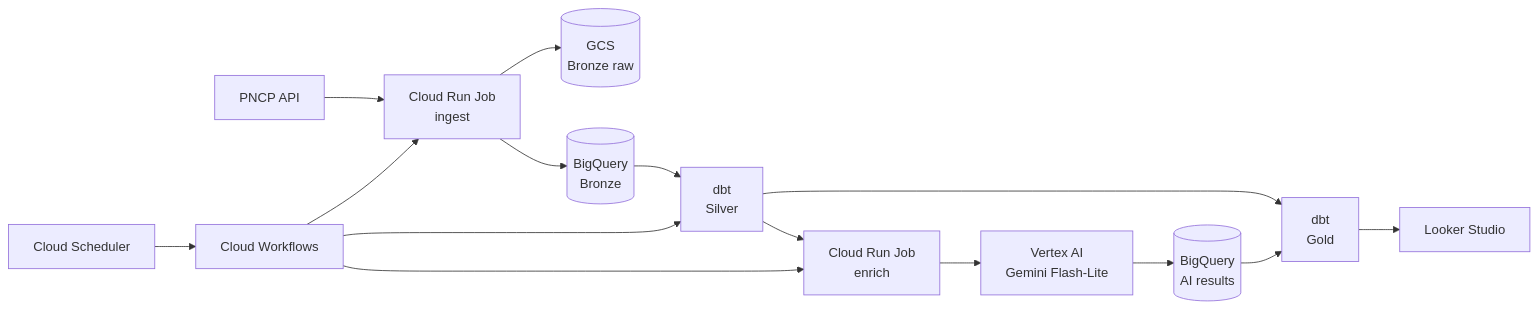
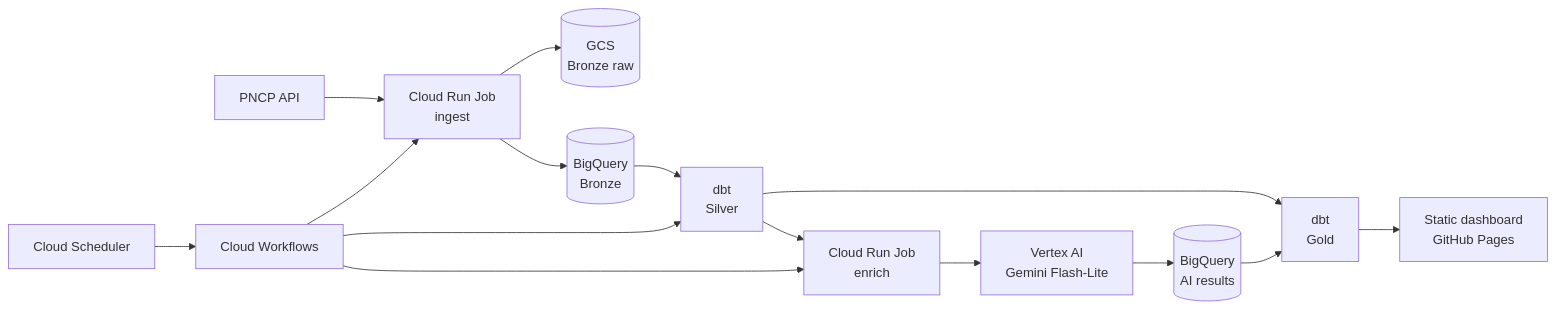
The diagram in README.md (jmonteiroalves/pncp-data-pipeline), drawn with Mermaid before and after one commit. The commit also changed other lines of this file and 27 other files, not shown here.

Commit message:
feat: add Gold marts and public dashboard

````diff
--- a/README.md
+++ b/README.md
@@ -59,17 +60,17 @@
 ```mermaid
 flowchart LR
   PNCP["PNCP API"] --> ING["Cloud Run Job<br/>ingest"]
   ING --> GCS[("GCS<br/>Bronze raw")]
   ING --> BQB[("BigQuery<br/>Bronze")]
   BQB --> DBT["dbt<br/>Silver"]
   DBT --> ENR["Cloud Run Job<br/>enrich"]
   ENR --> GEM["Vertex AI<br/>Gemini Flash-Lite"]
   GEM --> AI[("BigQuery<br/>AI results")]
   DBT --> GOLD["dbt<br/>Gold"]
   AI --> GOLD
-  GOLD --> BI["Looker Studio"]
+  GOLD --> BI["Static dashboard<br/>GitHub Pages"]
   SCH["Cloud Scheduler"] --> WF["Cloud Workflows"]
   WF --> ING
   WF --> DBT
   WF --> ENR
 ```
````
